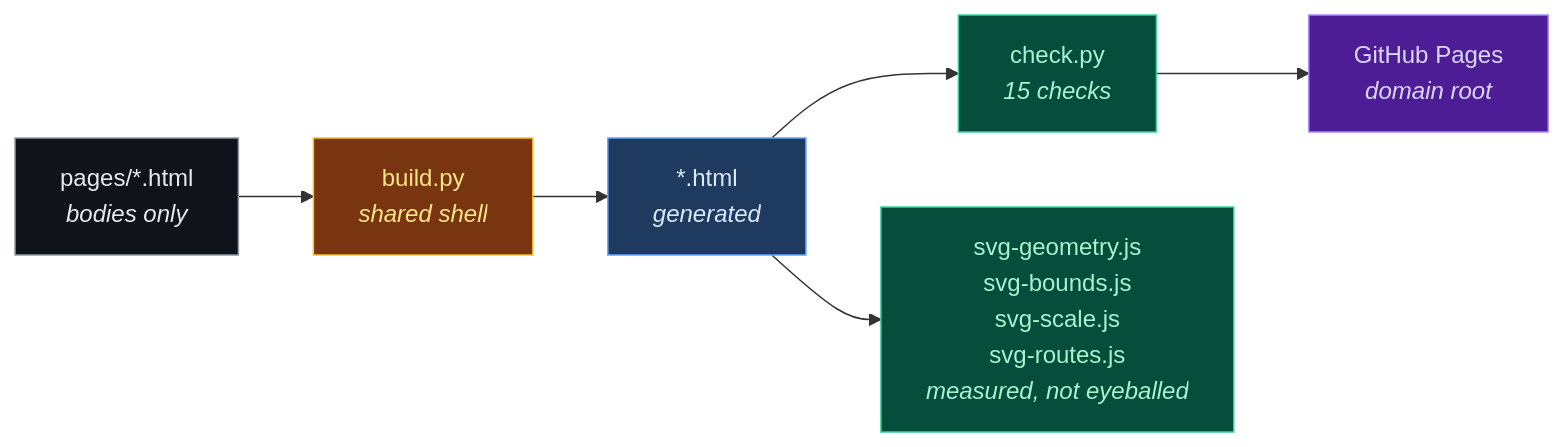
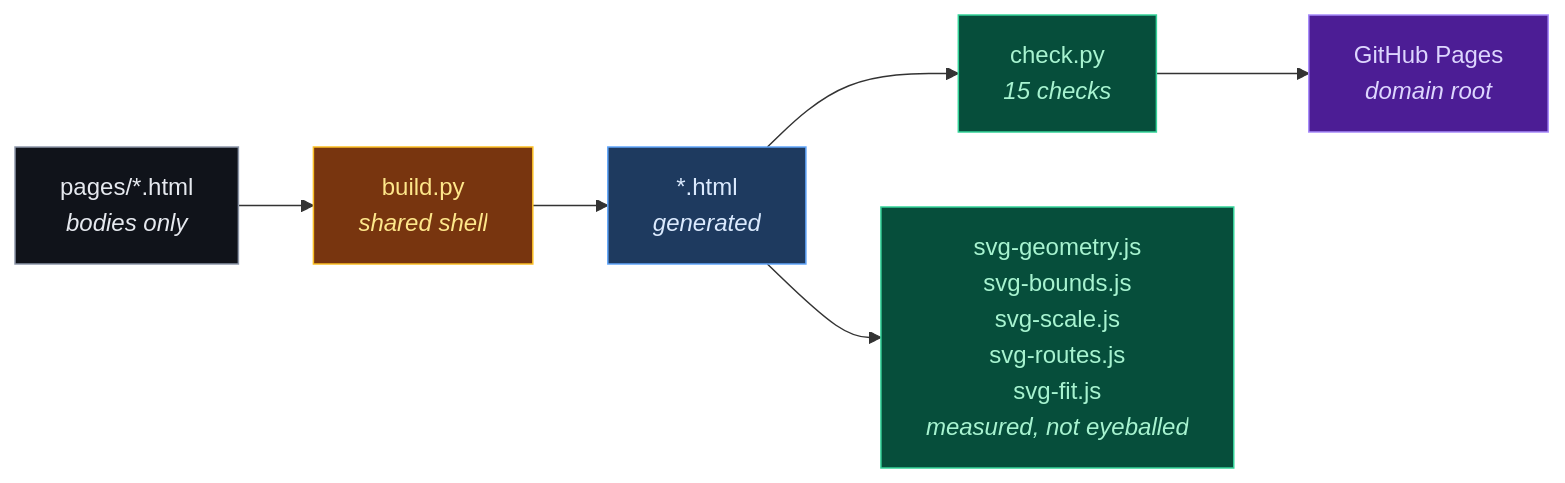
The diagram in README.md (doublegate-io/doublegate-io.github.io), drawn with Mermaid before and after one commit. The commit also changed other lines of this file and 3 other files, not shown here.

````diff
--- a/README.md
+++ b/README.md
@@ -31,15 +32,15 @@
 ```mermaid
 flowchart LR
   P["pages/*.html<br/><i>bodies only</i>"] --> B["build.py<br/><i>shared shell</i>"]
   B --> O["*.html<br/><i>generated</i>"]
   O --> C["check.py<br/><i>15 checks</i>"]
-  O --> G["svg-geometry.js<br/>svg-bounds.js<br/>svg-scale.js<br/>svg-routes.js<br/><i>measured, not eyeballed</i>"]
+  O --> G["svg-geometry.js<br/>svg-bounds.js<br/>svg-scale.js<br/>svg-routes.js<br/>svg-fit.js<br/><i>measured, not eyeballed</i>"]
   C --> D["GitHub Pages<br/><i>domain root</i>"]
 
   style P fill:#10131a,stroke:#8d97a9,color:#e6e9ef
   style B fill:#78350f,stroke:#fbbf24,color:#fde68a
   style O fill:#1e3a5f,stroke:#60a5fa,color:#dbeafe
   style C fill:#064e3b,stroke:#34d399,color:#a7f3d0
   style G fill:#064e3b,stroke:#34d399,color:#a7f3d0
   style D fill:#4c1d95,stroke:#a78bfa,color:#ddd6fe
 ```
````
